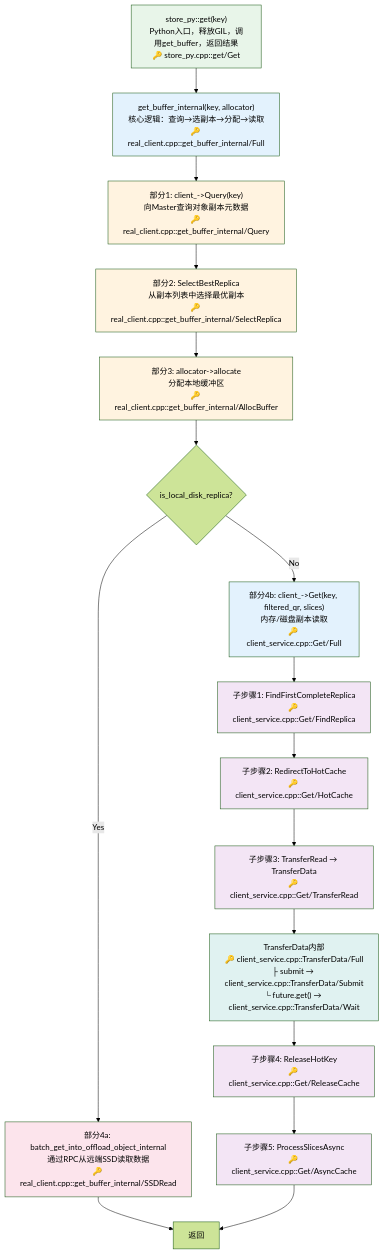
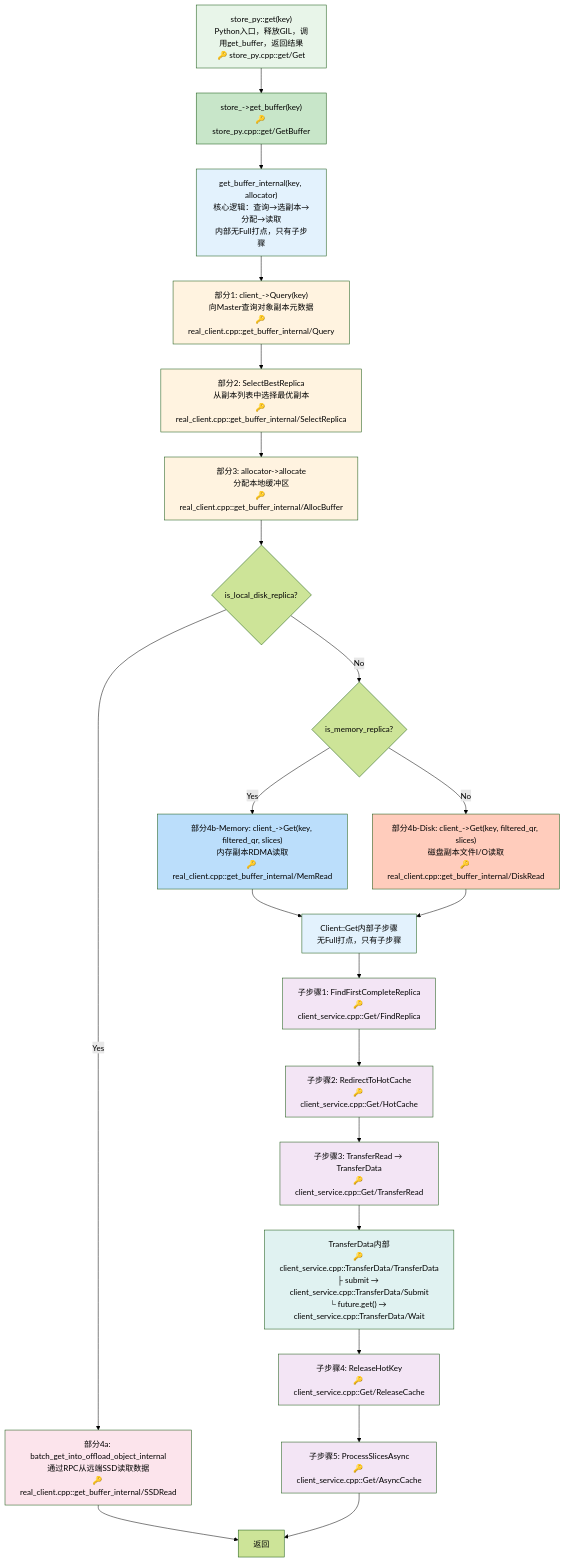
Before and after one commit to LinQuickDev/Mooncake: the first of 4 diagrams in docs/yh/pipline.md, drawn with Mermaid (forest theme). The commit also changed other lines of this file and 4 other files, not shown here.

````diff
--- a/docs/yh/pipline.md
+++ b/docs/yh/pipline.md
@@ -5,37 +5,48 @@
 ```mermaid
 flowchart TB
-    Start["store_py::get(key)<br/>Python入口，释放GIL，调用get_buffer，返回结果<br/>🔑 store_py.cpp::get/Get"] --> Internal["get_buffer_internal(key, allocator)<br/>核心逻辑：查询→选副本→分配→读取<br/>🔑 real_client.cpp::get_buffer_internal/Full"]
+    Start["store_py::get(key)<br/>Python入口，释放GIL，调用get_buffer，返回结果<br/>🔑 store_py.cpp::get/Get"] --> GetBufferCall["store_->get_buffer(key)<br/>🔑 store_py.cpp::get/GetBuffer"]
+
+    GetBufferCall --> Internal["get_buffer_internal(key, allocator)<br/>核心逻辑：查询→选副本→分配→读取<br/>内部无Full打点，只有子步骤"]
 
     Internal --> QueryPart["部分1: client_->Query(key)<br/>向Master查询对象副本元数据<br/>🔑 real_client.cpp::get_buffer_internal/Query"]
     QueryPart --> SelectPart["部分2: SelectBestReplica<br/>从副本列表中选择最优副本<br/>🔑 real_client.cpp::get_buffer_internal/SelectReplica"]
     SelectPart --> AllocPart["部分3: allocator->allocate<br/>分配本地缓冲区<br/>🔑 real_client.cpp::get_buffer_internal/AllocBuffer"]
 
     AllocPart --> CheckDisk{is_local_disk_replica?}
 
     CheckDisk -->|Yes| SSDPart["部分4a: batch_get_into_offload_object_internal<br/>通过RPC从远端SSD读取数据<br/>🔑 real_client.cpp::get_buffer_internal/SSDRead"]
     SSDPart --> Done["返回"]
 
-    CheckDisk -->|No| ClientGetPart["部分4b: client_->Get(key, filtered_qr, slices)<br/>内存/磁盘副本读取<br/>🔑 client_service.cpp::Get/Full"]
+    CheckDisk -->|No| ReadType{is_memory_replica?}
 
-    ClientGetPart --> FindReplica["子步骤1: FindFirstCompleteReplica<br/>🔑 client_service.cpp::Get/FindReplica"]
+    ReadType -->|Yes| MemRead["部分4b-Memory: client_->Get(key, filtered_qr, slices)<br/>内存副本RDMA读取<br/>🔑 real_client.cpp::get_buffer_internal/MemRead"]
+    ReadType -->|No| DiskRead["部分4b-Disk: client_->Get(key, filtered_qr, slices)<br/>磁盘副本文件I/O读取<br/>🔑 real_client.cpp::get_buffer_internal/DiskRead"]
+
+    MemRead --> ClientGetSub["Client::Get内部子步骤<br/>无Full打点，只有子步骤"]
+    DiskRead --> ClientGetSub
+
+    ClientGetSub --> FindReplica["子步骤1: FindFirstCompleteReplica<br/>🔑 client_service.cpp::Get/FindReplica"]
     FindReplica --> HotCache["子步骤2: RedirectToHotCache<br/>🔑 client_service.cpp::Get/HotCache"]
     HotCache --> TransferRead["子步骤3: TransferRead → TransferData<br/>🔑 client_service.cpp::Get/TransferRead"]
-    TransferRead --> TransferDetail["TransferData内部<br/>🔑 client_service.cpp::TransferData/Full<br/>├ submit → client_service.cpp::TransferData/Submit<br/>└ future.get() → client_service.cpp::TransferData/Wait"]
+    TransferRead --> TransferDetail["TransferData内部<br/>🔑 client_service.cpp::TransferData/TransferData<br/>├ submit → client_service.cpp::TransferData/Submit<br/>└ future.get() → client_service.cpp::TransferData/Wait"]
     TransferDetail --> ReleaseCache["子步骤4: ReleaseHotKey<br/>🔑 client_service.cpp::Get/ReleaseCache"]
     ReleaseCache --> AsyncUpdate["子步骤5: ProcessSlicesAsync<br/>🔑 client_service.cpp::Get/AsyncCache"]
     AsyncUpdate --> Done
 
     style Start fill:#e8f5e9
+    style GetBufferCall fill:#c8e6c9
     style Internal fill:#e3f2fd
     style QueryPart fill:#fff3e0
     style SelectPart fill:#fff3e0
     style AllocPart fill:#fff3e0
     style SSDPart fill:#fce4ec
-    style ClientGetPart fill:#e3f2fd
+    style MemRead fill:#bbdefb
+    style DiskRead fill:#ffccbc
+    style ClientGetSub fill:#e3f2fd
     style FindReplica fill:#f3e5f5
     style HotCache fill:#f3e5f5
     style TransferRead fill:#f3e5f5
     style TransferDetail fill:#e0f2f1
     style ReleaseCache fill:#f3e5f5
     style AsyncUpdate fill:#f3e5f5
 ```
````
